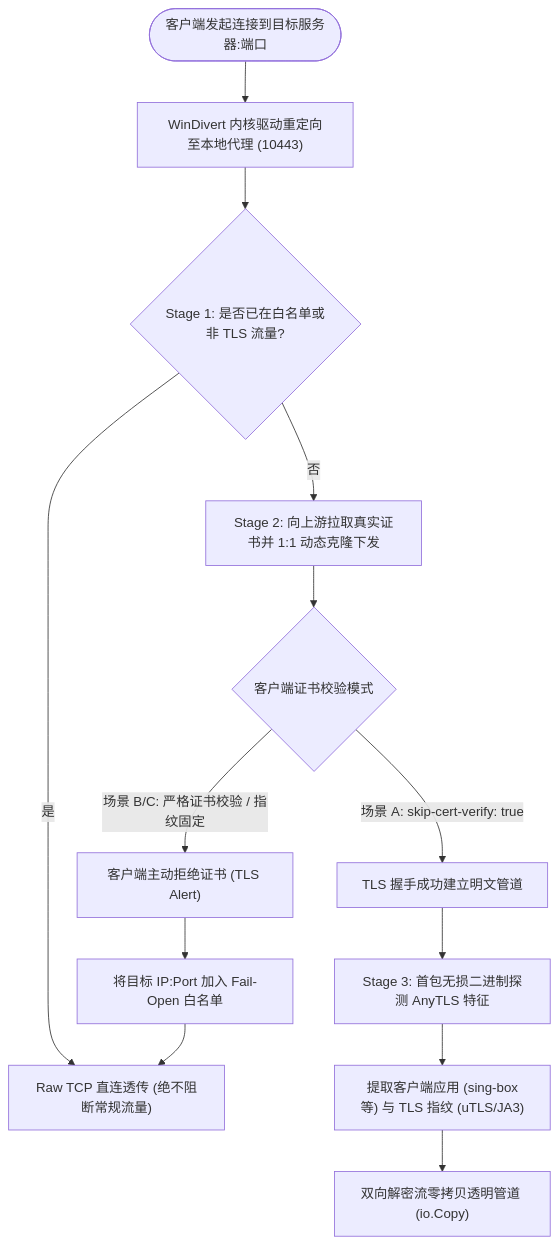
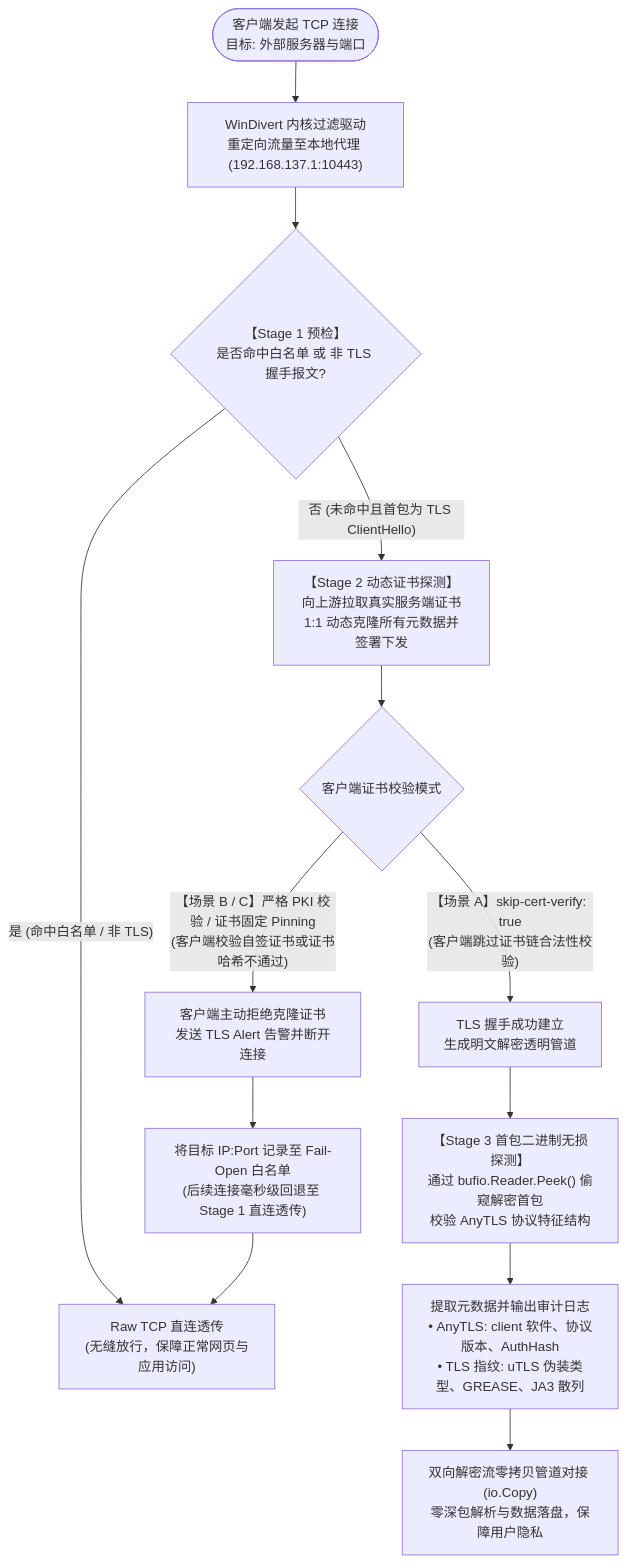
Before and after one commit to ARarsenic/anytls-mitm: the first of 2 diagrams in README.md, drawn with Mermaid. The commit also changed 1 other file, not shown here.

Commit message:
docs: remove prompt.md and widen flowchart layout in readme

````diff
--- a/README.md
+++ b/README.md
@@ -19,19 +19,25 @@
 ```mermaid
 flowchart TD
-    Start(["客户端发起连接到目标服务器:端口"]) --> WinDivert["WinDivert 内核驱动重定向至本地代理 (10443)"]
-    WinDivert --> Stage1{"Stage 1: 是否已在白名单或非 TLS 流量?"}
-    Stage1 -- 是 --> RawPass["Raw TCP 直连透传 (绝不阻断常规流量)"]
-    Stage1 -- 否 --> Stage2["Stage 2: 向上游拉取真实证书并 1:1 动态克隆下发"]
+    Start(["客户端发起 TCP 连接<br/>目标: 外部服务器与端口"]) --> WinDivert["WinDivert 内核过滤驱动<br/>重定向流量至本地代理 (192.168.137.1:10443)"]
+    
+    WinDivert --> Stage1{"【Stage 1 预检】<br/>是否命中白名单 或 非 TLS 握手报文?"}
+    
+    Stage1 -- "是 (命中白名单 / 非 TLS)" --> RawPass["Raw TCP 直连透传<br/>(无缝放行，保障正常网页与应用访问)"]
+    
+    Stage1 -- "否 (未命中且首包为 TLS ClientHello)" --> Stage2["【Stage 2 动态证书探测】<br/>向上游拉取真实服务端证书<br/>1:1 动态克隆所有元数据并签署下发"]
     
     Stage2 --> ClientVerify{"客户端证书校验模式"}
     
-    ClientVerify -- "场景 A: skip-cert-verify: true" --> HandshakeOK["TLS 握手成功建立明文管道"]
-    ClientVerify -- "场景 B/C: 严格证书校验 / 指纹固定" --> HandshakeFail["客户端主动拒绝证书 (TLS Alert)"]
+    ClientVerify -- "【场景 A】skip-cert-verify: true<br/>(客户端跳过证书链合法性校验)" --> HandshakeOK["TLS 握手成功建立<br/>生成明文解密透明管道"]
     
-    HandshakeFail --> AddWhitelist["将目标 IP:Port 加入 Fail-Open 白名单"]
+    ClientVerify -- "【场景 B / C】严格 PKI 校验 / 证书固定 Pinning<br/>(客户端校验自签证书或证书哈希不通过)" --> HandshakeFail["客户端主动拒绝克隆证书<br/>发送 TLS Alert 告警并断开连接"]
+    
+    HandshakeFail --> AddWhitelist["将目标 IP:Port 记录至 Fail-Open 白名单<br/>(后续连接毫秒级回退至 Stage 1 直连透传)"]
     AddWhitelist --> RawPass
     
-    HandshakeOK --> Stage3["Stage 3: 首包无损二进制探测 AnyTLS 特征"]
-    Stage3 --> DetectMeta["提取客户端应用 (sing-box等) 与 TLS 指纹 (uTLS/JA3)"]
-    DetectMeta --> RelayPipe["双向解密流零拷贝透明管道 (io.Copy)"]
+    HandshakeOK --> Stage3["【Stage 3 首包二进制无损探测】<br/>通过 bufio.Reader.Peek() 偷窥解密首包<br/>校验 AnyTLS 协议特征结构"]
+    
+    Stage3 --> DetectMeta["提取元数据并输出审计日志<br/>• AnyTLS: client 软件、协议版本、AuthHash<br/>• TLS 指纹: uTLS 伪装类型、GREASE、JA3 散列"]
+    
+    DetectMeta --> RelayPipe["双向解密流零拷贝管道对接 (io.Copy)<br/>零深包解析与数据落盘，保障用户隐私"]
 ```
````
